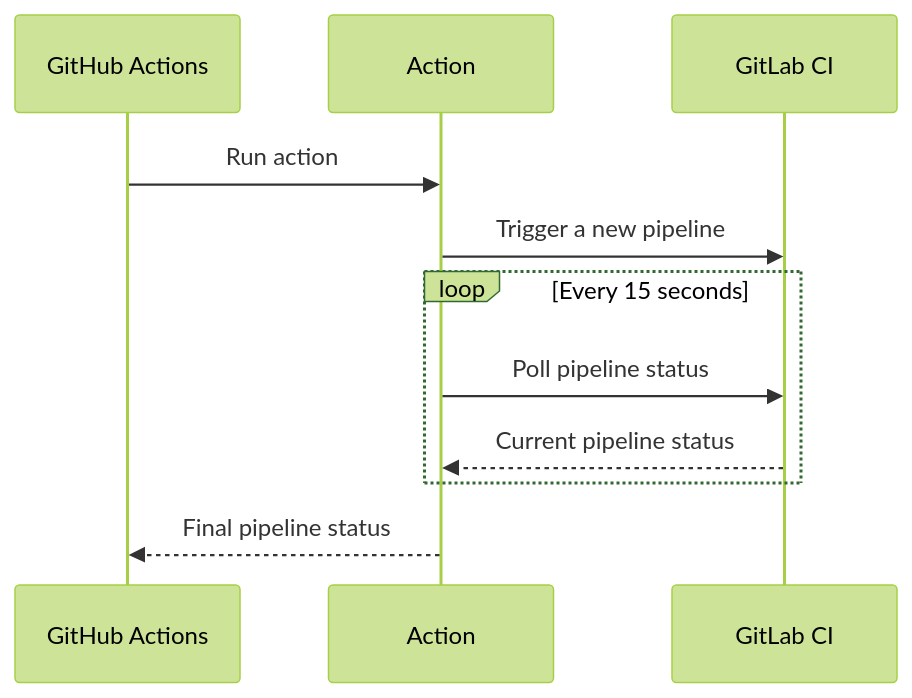
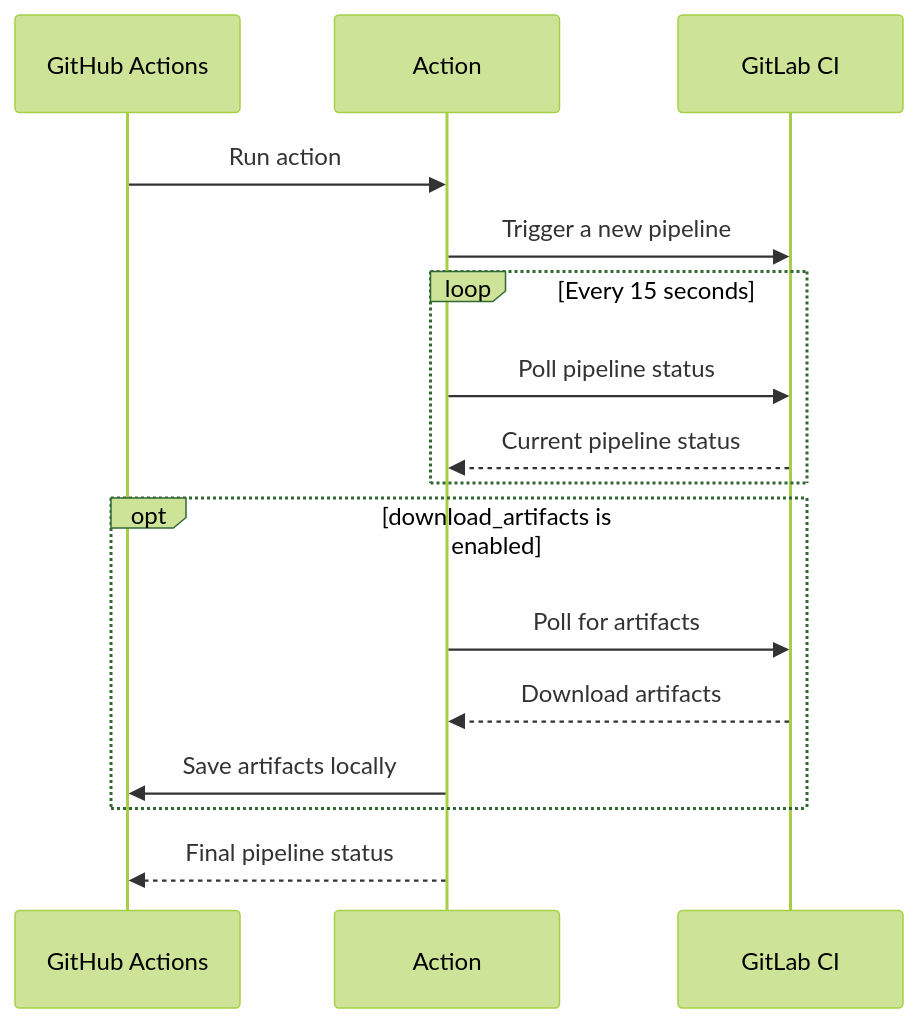
The diagram in README.md (digital-blueprint/gitlab-pipeline-trigger-action), drawn with Mermaid (forest theme) before and after one commit. The commit also changed other lines of this file and 7 other files, not shown here.

Commit message:
feat(download): Add support for downloading artifacts and logs

````diff
--- a/README.md
+++ b/README.md
@@ -14,16 +14,22 @@
 ```mermaid
 sequenceDiagram
     participant GITHUB as GitHub Actions
     participant ACTION as Action
     participant GITLAB as GitLab CI
 
     GITHUB->>ACTION: Run action
     ACTION->>GITLAB: Trigger a new pipeline
 
 loop Every 15 seconds
     ACTION->>GITLAB: Poll pipeline status
     GITLAB-->>ACTION: Current pipeline status
 end
 
+    opt download_artifacts is enabled
+        ACTION->>GITLAB: Poll for artifacts
+        GITLAB-->>ACTION: Download artifacts
+        ACTION->>GITHUB: Save artifacts locally
+    end
+
     ACTION-->>GITHUB: Final pipeline status
 ```
````
